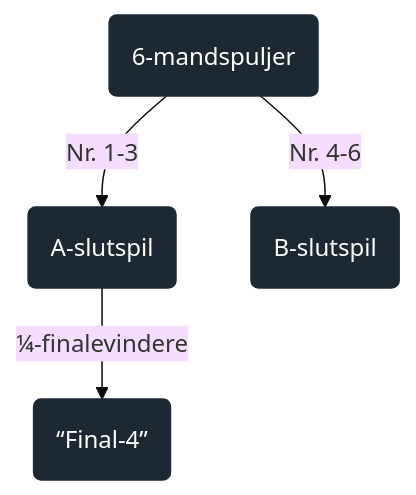
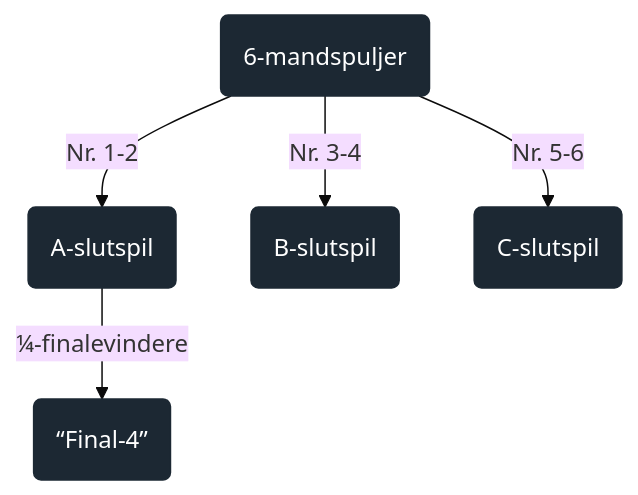
Before and after one commit to bsbenja/ping-pong-dm-gammel: the diagram in koncept.qmd, drawn with Mermaid (base theme). The commit also changed other lines of this file and 17 other files, not shown here.

````diff
--- a/koncept.qmd
+++ b/koncept.qmd
@@ -60,13 +60,15 @@
 ```{mermaid}
-%%| fig-width: 2.5
+%%| fig-width: 4
 %%{init: {"flowchart": {"htmlLabels": true}} }%%
 flowchart TD
-  A(6-mandspuljer) --> |Nr. 1-3| B(A-slutspil)
-  A --> |Nr. 4-6| C(B-slutspil)
-  B --> |&#x00BC-finalevindere| D(<q>Final-4</q>)
+  A(6-mandspuljer) --> |Nr. 1-2| B(A-slutspil)
+  A --> |Nr. 3-4| C(B-slutspil)
+  A --> |Nr. 5-6| D(C-slutspil)
+  B --> |&#x00BC-finalevindere| E(<q>Final-4</q>)
   
   style A fill:#1C2833,stroke:#1C2833,color:#FFFFFF
   style B fill:#1C2833,stroke:#1C2833,color:#FFFFFF
   style C fill:#1C2833,stroke:#1C2833,color:#FFFFFF
   style D fill:#1C2833,stroke:#1C2833,color:#FFFFFF
+  style E fill:#1C2833,stroke:#1C2833,color:#FFFFFF
 ```
````
